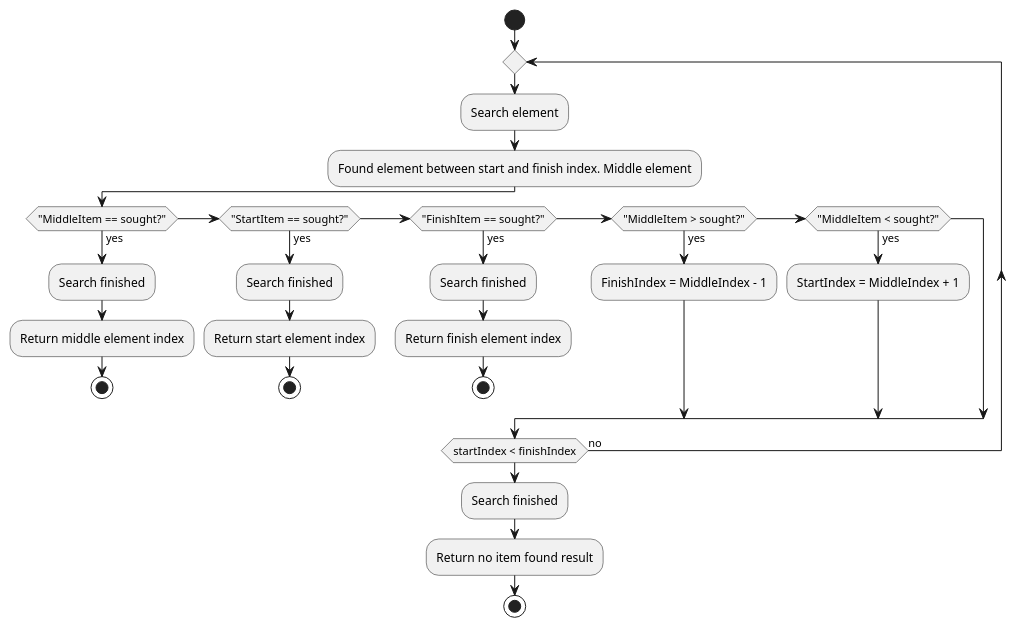
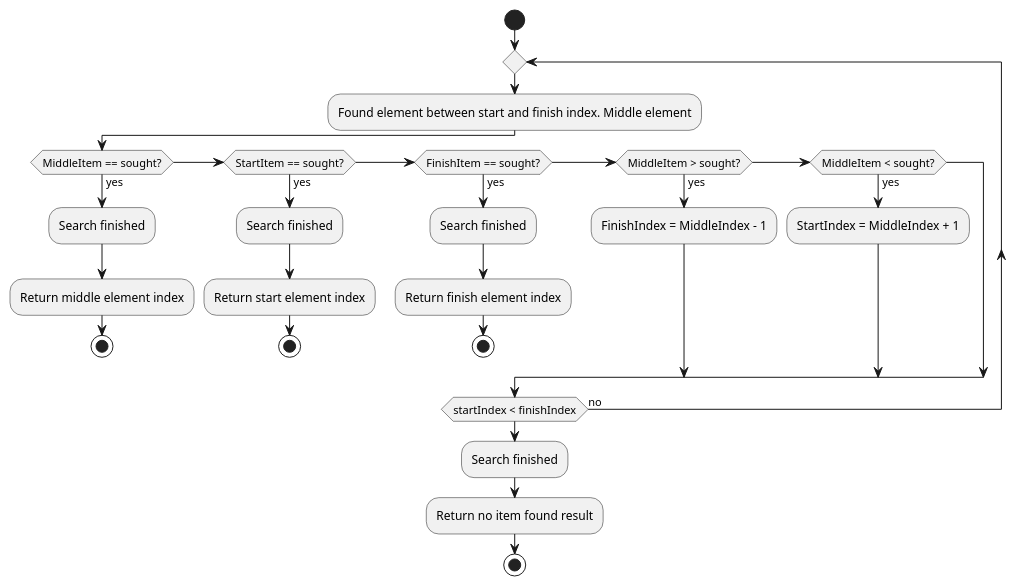
The diagram in Searching/Binary_search/diagram.puml (ihrupin/algorithms), drawn with PlantUML before and after one commit.

Commit message:
added diagram for Binary Search algorithm

```diff
--- a/Searching/Binary_search/diagram.puml
+++ b/Searching/Binary_search/diagram.puml
@@ -1,35 +1,31 @@
 @startuml
-
 start
 
     repeat
-
-        :Search element;
         :Found element between start and finish index. Middle element;
 
-        if ("MiddleItem == sought?") then (yes)
+        if (MiddleItem == sought?) then (yes)
             :Search finished;
             :Return middle element index;
             stop
-        elseif ("StartItem == sought?") then (yes)
+        elseif (StartItem == sought?) then (yes)
             :Search finished;
             :Return start element index;
             stop
-        elseif ("FinishItem == sought?") then (yes)
+        elseif (FinishItem == sought?) then (yes)
             :Search finished;
             :Return finish element index;
             stop
-        elseif ("MiddleItem > sought?") then (yes)
+        elseif (MiddleItem > sought?) then (yes)
             :FinishIndex = MiddleIndex - 1;
-        elseif ("MiddleItem < sought?") then (yes)
+        elseif (MiddleItem < sought?) then (yes)
             :StartIndex = MiddleIndex + 1;
         endif
 
     repeat while (startIndex < finishIndex) is (no)
 
     :Search finished;
     :Return no item found result;
 
 stop
-
 @enduml
```
